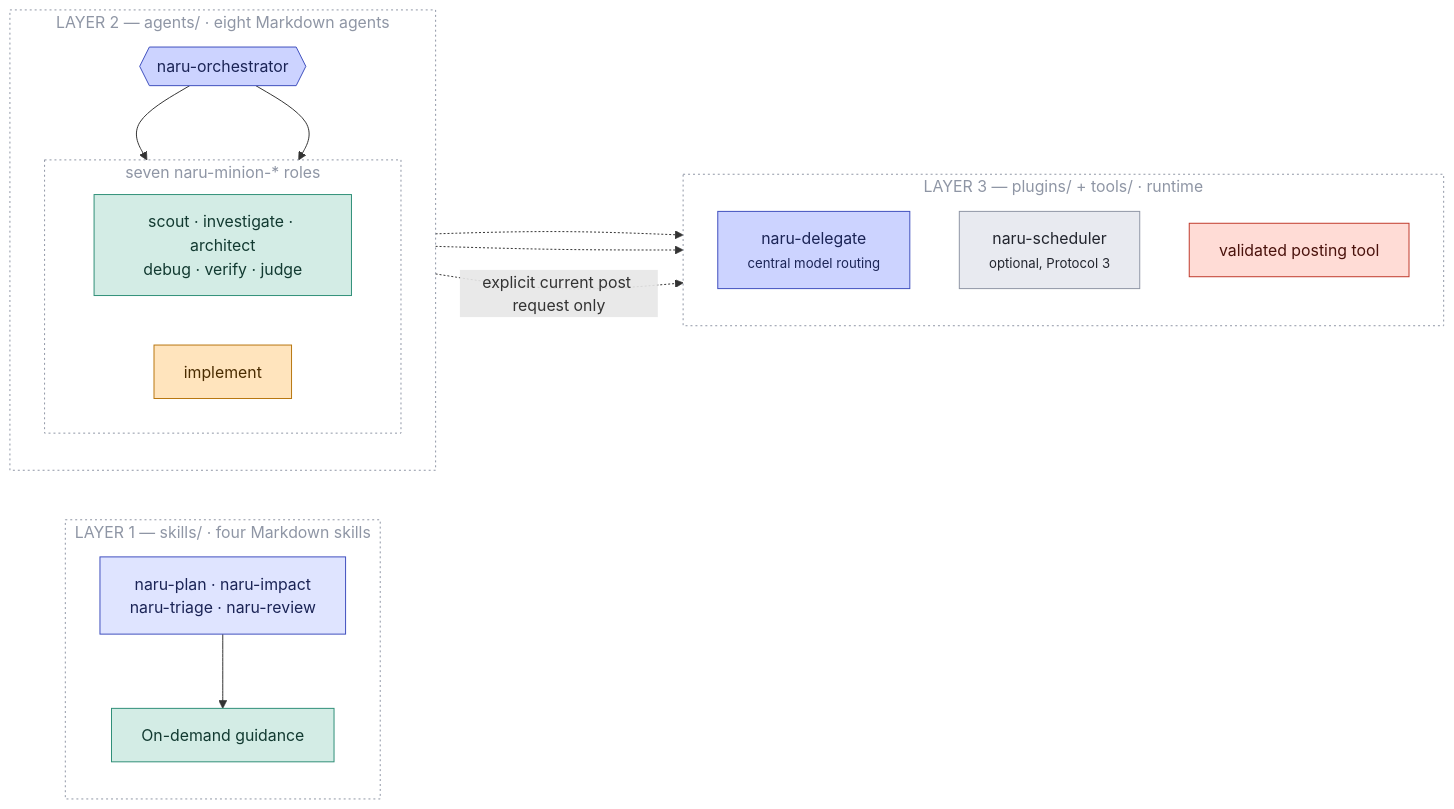
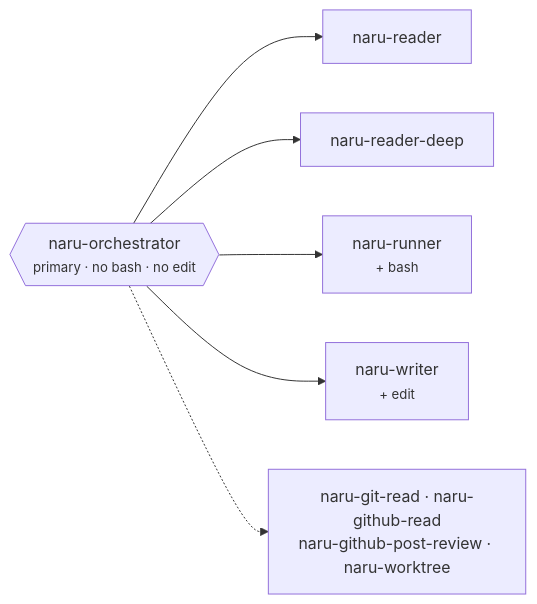
The diagram in docs/development.md (sean35mm/naru-opencode), drawn with Mermaid before and after one commit. The commit also changed other lines of this file and 24 other files, not shown here.

First line of the commit message:
docs: rewrite documentation for the v-next architecture

````diff
--- a/docs/development.md
+++ b/docs/development.md
@@ -20,44 +36,15 @@
 ```mermaid
 flowchart LR
-  subgraph L1["LAYER 1 — skills/ · four Markdown skills"]
-    direction TB
-    SK["naru-plan · naru-impact<br/>naru-triage · naru-review"]:::entry
-    GD["On-demand guidance"]:::read
-    SK --> GD
-  end
+  ORC{{"naru-orchestrator<br/><small>primary · no bash · no edit</small>"}}
+  RD["naru-reader"]
+  RDD["naru-reader-deep"]
+  RUN["naru-runner<br/><small>+ bash</small>"]
+  WR["naru-writer<br/><small>+ edit</small>"]
+  TOOLS["naru-git-read · naru-github-read<br/>naru-github-post-review · naru-worktree"]
 
-  subgraph L2["LAYER 2 — agents/ · eight Markdown agents"]
-    direction TB
-    ORC{{"naru-orchestrator"}}:::coord
-    subgraph MIN["seven naru-minion-* roles"]
-      direction LR
-      RO["scout · investigate · architect<br/>debug · verify · judge"]:::read
-      IMP["implement"]:::write
-    end
-    ORC --> RO
-    ORC --> IMP
-  end
-
-  subgraph L3["LAYER 3 — plugins/ + tools/ · runtime"]
-    direction TB
-    DEL["naru-delegate<br/><small>central model routing</small>"]:::coord
-    SCHED["naru-scheduler<br/><small>optional, Protocol 3</small>"]:::gate
-    POST["validated posting tool"]:::danger
-  end
-
-  ORC -.-> DEL
-  ORC -.-> SCHED
-  ORC -.->|"explicit current post request only"| POST
-
-  style L1 fill:none,stroke:#8f96a5,stroke-dasharray:2 3,color:#8f96a5
-  style L2 fill:none,stroke:#8f96a5,stroke-dasharray:2 3,color:#8f96a5
-  style MIN fill:none,stroke:#8f96a5,stroke-dasharray:2 3,color:#8f96a5
-  style L3 fill:none,stroke:#8f96a5,stroke-dasharray:2 3,color:#8f96a5
-
-  classDef entry fill:#dfe4ff,stroke:#3f4fbe,color:#1b2456
-  classDef coord fill:#ccd3ff,stroke:#3f4fbe,color:#1b2456
-  classDef read fill:#d3ece5,stroke:#2f8f78,color:#123a31
-  classDef write fill:#ffe4bd,stroke:#b8760f,color:#4a2c00
-  classDef gate fill:#e8eaf0,stroke:#8f96a5,color:#22252e
-  classDef danger fill:#ffdcd6,stroke:#c0392b,color:#4a120c
+  ORC --> RD
+  ORC --> RDD
+  ORC --> RUN
+  ORC --> WR
+  ORC -.-> TOOLS
 ```
````
